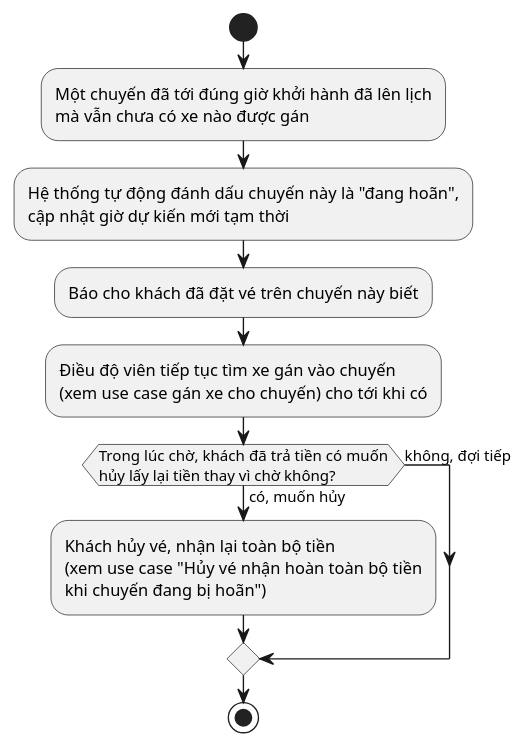
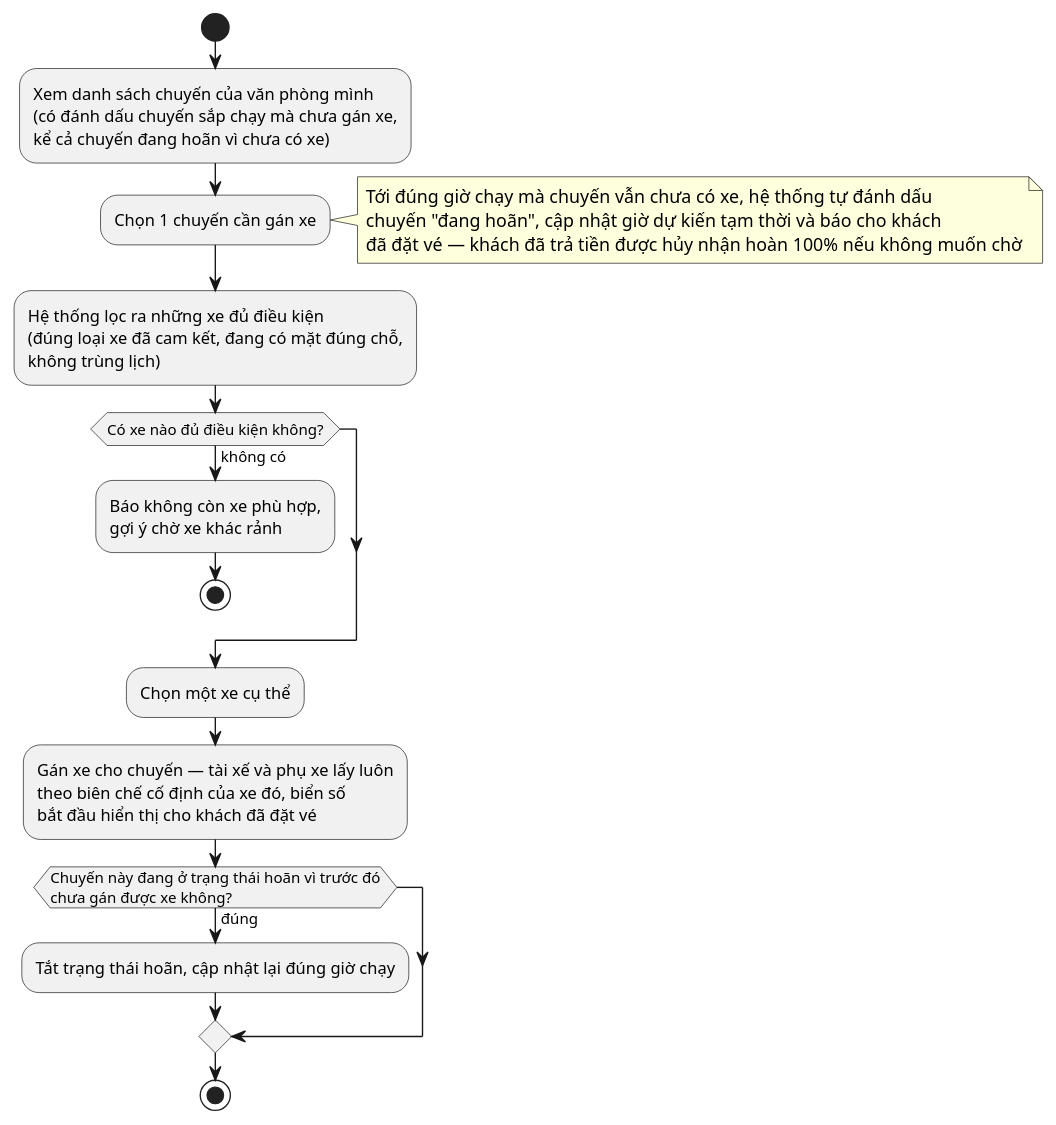
One commit to nguyenvietanhit19/Project1_HeThongQuanLyNhaXeKhachLienTinh changed diagram 28 of 53 in UML_DIAGRAMS.md. Above: the diagram before and after it, drawn with PlantUML. The commit also changed other lines of this file and 316 other files, not shown here.

````diff
--- a/UML_DIAGRAMS.md
+++ b/UML_DIAGRAMS.md
@@ -683,14 +871,23 @@
 ```plantuml
-@startuml AD_UC45_TuDongHoanKhiChuaCoXe
+@startuml AD_UC44_GanXe
 start
-:Một chuyến đã tới đúng giờ khởi hành đã lên lịch\nmà vẫn chưa có xe nào được gán;
-:Hệ thống tự động đánh dấu chuyến này là "đang hoãn",\ncập nhật giờ dự kiến mới tạm thời;
-:Báo cho khách đã đặt vé trên chuyến này biết;
-:Điều độ viên tiếp tục tìm xe gán vào chuyến\n(xem use case gán xe cho chuyến) cho tới khi có;
-if (Trong lúc chờ, khách đã trả tiền có muốn\nhủy lấy lại tiền thay vì chờ không?) then (có, muốn hủy)
-  :Khách hủy vé, nhận lại toàn bộ tiền\n(xem use case "Hủy vé nhận hoàn toàn bộ tiền\nkhi chuyến đang bị hoãn");
-else (không, đợi tiếp)
+:Xem danh sách chuyến của văn phòng mình\n(có đánh dấu chuyến sắp chạy mà chưa gán xe,\nkể cả chuyến đang hoãn vì chưa có xe);
+:Chọn 1 chuyến cần gán xe;
+note right
+  Tới đúng giờ chạy mà chuyến vẫn chưa có xe, hệ thống tự đánh dấu
+  chuyến "đang hoãn", cập nhật giờ dự kiến tạm thời và báo cho khách
+  đã đặt vé — khách đã trả tiền được hủy nhận hoàn 100% nếu không muốn chờ
+end note
+:Hệ thống lọc ra những xe đủ điều kiện\n(đúng loại xe đã cam kết, đang có mặt đúng chỗ,\nkhông trùng lịch);
+if (Có xe nào đủ điều kiện không?) then (không có)
+  :Báo không còn xe phù hợp,\ngợi ý chờ xe khác rảnh;
+  stop
+endif
+:Chọn một xe cụ thể;
+:Gán xe cho chuyến — tài xế và phụ xe lấy luôn\ntheo biên chế cố định của xe đó, biển số\nbắt đầu hiển thị cho khách đã đặt vé;
+if (Chuyến này đang ở trạng thái hoãn vì trước đó\nchưa gán được xe không?) then (đúng)
+  :Tắt trạng thái hoãn, cập nhật lại đúng giờ chạy;
 endif
 stop
 @enduml
 ```
````
